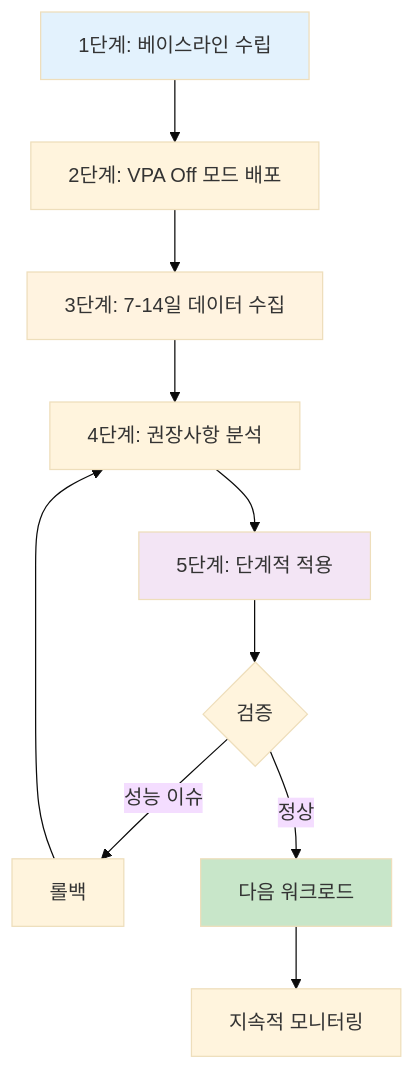
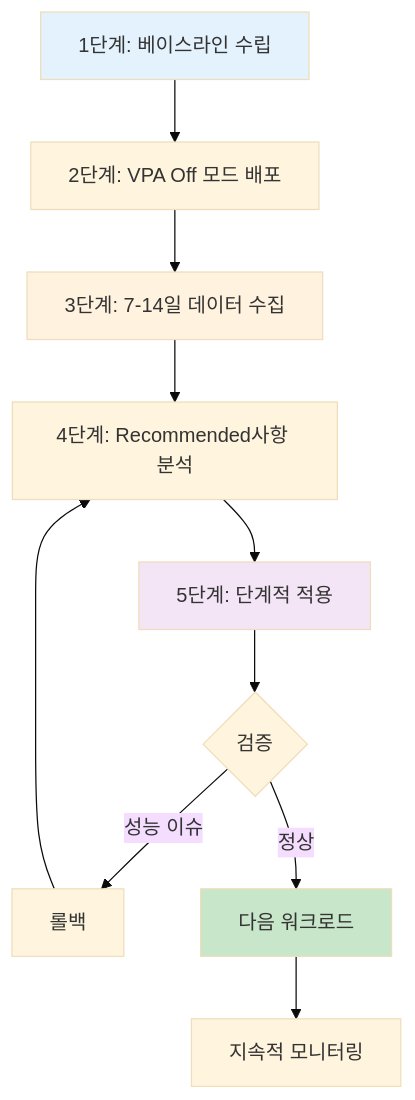
Diagram 11 of 16 in i18n/en/docusaurus-plugin-content-docs/current/eks-best-practices/resource-cost/eks-resource-optimization.md (devfloor9/engineering-playbook), drawn with Mermaid (base theme) before and after one commit. The commit also changed other lines of this file and 16 other files, not shown here.

````diff
--- a/i18n/en/docusaurus-plugin-content-docs/current/eks-best-practices/resource-cost/eks-resource-optimization.md
+++ b/i18n/en/docusaurus-plugin-content-docs/current/eks-best-practices/resource-cost/eks-resource-optimization.md
@@ -3305,19 +3305,19 @@
 ```mermaid
 graph TB
     A[1단계: 베이스라인 수립] --> B[2단계: VPA Off 모드 배포]
     B --> C[3단계: 7-14일 데이터 수집]
-    C --> D[4단계: 권장사항 분석]
+    C --> D[4단계: Recommended사항 분석]
     D --> E[5단계: 단계적 적용]
 
     E --> F{검증}
     F -->|성능 이슈| G[롤백]
     F -->|정상| H[다음 워크로드]
 
     G --> D
     H --> I[지속적 모니터링]
 
     style A fill:#e3f2fd
     style C fill:#fff3e0
     style E fill:#f3e5f5
     style H fill:#c8e6c9
 ```
````
